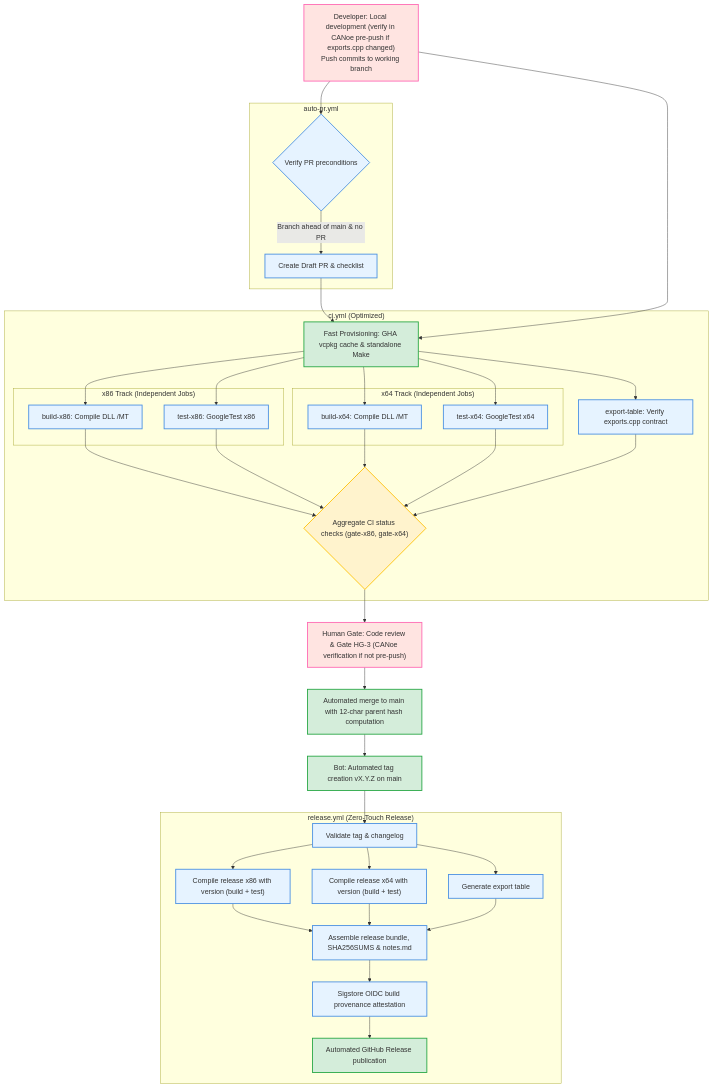
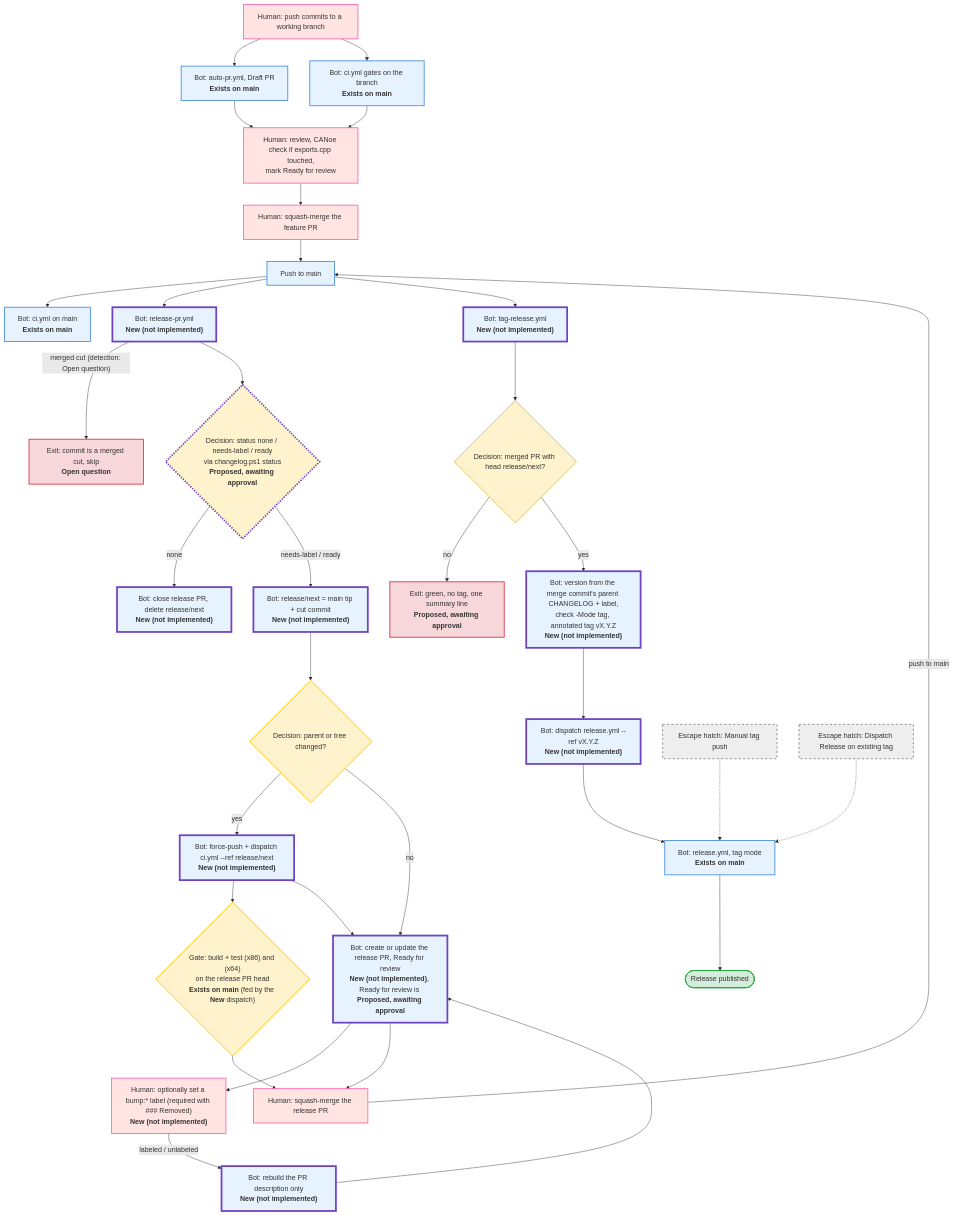
The first of 4 diagrams in docs/ci-optimized-flow.md (can-tools/restifycapl), drawn with Mermaid before and after one commit. The commit also changed other lines of this file and 5 other files, not shown here.

Commit message:
docs/ci-flow-target-state (#26)

````diff
--- a/docs/ci-optimized-flow.md
+++ b/docs/ci-optimized-flow.md
@@ -16,77 +38,80 @@
 ```mermaid
 flowchart TD
     classDef human fill:#ffe4e1,stroke:#ff69b4,stroke-width:2px;
     classDef bot fill:#e6f3ff,stroke:#4a90e2,stroke-width:2px;
-    classDef auto fill:#d4edda,stroke:#28a745,stroke-width:2px;
     classDef gate fill:#fff3cd,stroke:#ffc107,stroke-width:2px;
+    classDef decision fill:#fff3cd,stroke:#ffc107,stroke-width:2px;
+    classDef exit fill:#f8d7da,stroke:#dc3545,stroke-width:2px;
+    classDef pub fill:#d4edda,stroke:#28a745,stroke-width:2px;
+    classDef hatch fill:#eeeeee,stroke:#888888,stroke-width:2px,stroke-dasharray: 5 5;
+    classDef new fill:#e6f3ff,stroke:#6f42c1,stroke-width:4px;
+    classDef proposed fill:#fff3cd,stroke:#6f42c1,stroke-width:4px,stroke-dasharray: 3 3;
 
-    DEV["Developer: Local development (verify in CANoe pre-push if exports.cpp changed)<br/>Push commits to working branch"]:::human
-    
-    subgraph AutoPR ["auto-pr.yml"]
-        APR_GUARD{"Verify PR preconditions"}:::bot
-        APR_ACTION["Create Draft PR & checklist"]:::bot
-    end
+    H1["Human: push commits to a working branch"]:::human
+    AUTO_PR["Bot: auto-pr.yml, Draft PR<br/><b>Exists on main</b>"]:::bot
+    CI_BR["Bot: ci.yml gates on the branch<br/><b>Exists on main</b>"]:::bot
+    H2["Human: review, CANoe check if exports.cpp touched,<br/>mark Ready for review"]:::human
+    H3["Human: squash-merge the feature PR"]:::human
+    MAIN["Push to main"]:::bot
+    CI_MAIN["Bot: ci.yml on main<br/><b>Exists on main</b>"]:::bot
 
-    subgraph CI ["ci.yml (Optimized)"]
-        CI_FAST_PROV["Fast Provisioning: GHA vcpkg cache & standalone Make"]:::auto
-        
-        subgraph X86_TRACK ["x86 Track (Independent Jobs)"]
-            X86_BUILD["build-x86: Compile DLL /MT"]:::bot
-            X86_TEST["test-x86: GoogleTest x86"]:::bot
-        end
-        
-        subgraph X64_TRACK ["x64 Track (Independent Jobs)"]
-            X64_BUILD["build-x64: Compile DLL /MT"]:::bot
-            X64_TEST["test-x64: GoogleTest x64"]:::bot
-        end
-        
-        EXP_CHECK["export-table: Verify exports.cpp contract"]:::bot
-        
-        GATES{"Aggregate CI status checks (gate-x86, gate-x64)"}:::gate
-    end
+    RPR["Bot: release-pr.yml<br/><b>New (not implemented)</b>"]:::new
+    SKIP["Exit: commit is a merged cut, skip<br/><b>Open question</b>"]:::exit
+    ST{"Decision: status none / needs-label / ready<br/>via changelog.ps1 status<br/><b>Proposed, awaiting approval</b>"}:::proposed
+    CLOSE["Bot: close release PR, delete release/next<br/><b>New (not implemented)</b>"]:::new
+    BUILD["Bot: release/next = main tip + cut commit<br/><b>New (not implemented)</b>"]:::new
+    CHG{"Decision: parent or tree changed?"}:::decision
+    FP["Bot: force-push + dispatch ci.yml --ref release/next<br/><b>New (not implemented)</b>"]:::new
+    GATES{"Gate: build + test (x86) and (x64)<br/>on the release PR head<br/><b>Exists on main</b> (fed by the <b>New</b> dispatch)"}:::gate
+    PR["Bot: create or update the release PR, Ready for review<br/><b>New (not implemented)</b>, Ready for review is <b>Proposed, awaiting approval</b>"]:::new
+    HL["Human: optionally set a bump:* label (required with ### Removed)<br/><b>New (not implemented)</b>"]:::human
+    RELAB["Bot: rebuild the PR description only<br/><b>New (not implemented)</b>"]:::new
+    HM["Human: squash-merge the release PR"]:::human
 
-    REVIEW["Human Gate: Code review & Gate HG-3 (CANoe verification if not pre-push)"]:::human
-    AUTO_MERGE["Automated merge to main with 12-char parent hash computation"]:::auto
-    AUTO_TAG["Bot: Automated tag creation vX.Y.Z on main"]:::auto
+    TR["Bot: tag-release.yml<br/><b>New (not implemented)</b>"]:::new
+    IS_REL{"Decision: merged PR with head release/next?"}:::decision
+    NOOP["Exit: green, no tag, one summary line<br/><b>Proposed, awaiting approval</b>"]:::exit
+    TAG["Bot: version from the merge commit's parent CHANGELOG + label,<br/>check -Mode tag, annotated tag vX.Y.Z<br/><b>New (not implemented)</b>"]:::new
+    DISP["Bot: dispatch release.yml --ref vX.Y.Z<br/><b>New (not implemented)</b>"]:::new
+    REL["Bot: release.yml, tag mode<br/><b>Exists on main</b>"]:::bot
+    PUBD(["Release published"]):::pub
 
-    subgraph ReleasePipeline ["release.yml (Zero-Touch Release)"]
-        REL_VAL["Validate tag & changelog"]:::bot
-        REL_BUILD_X86["Compile release x86 with version (build + test)"]:::bot
-        REL_BUILD_X64["Compile release x64 with version (build + test)"]:::bot
-        REL_TABLE["Generate export table"]:::bot
-        REL_ASM["Assemble release bundle, SHA256SUMS & notes.md"]:::bot
-        REL_ATTEST["Sigstore OIDC build provenance attestation"]:::bot
-        REL_PUB["Automated GitHub Release publication"]:::auto
-    end
+    HATCH1["Escape hatch: Manual tag push"]:::hatch
+    HATCH2["Escape hatch: Dispatch Release on existing tag"]:::hatch
 
-    DEV --> APR_GUARD
-    APR_GUARD -->|Branch ahead of main & no PR| APR_ACTION
-    APR_ACTION --> CI_FAST_PROV
-    DEV --> CI_FAST_PROV
+    H1 --> AUTO_PR
+    H1 --> CI_BR
+    AUTO_PR --> H2
+    CI_BR --> H2
+    H2 --> H3
+    H3 --> MAIN
+    MAIN --> CI_MAIN
+    MAIN --> RPR
+    MAIN --> TR
 
-    CI_FAST_PROV --> X86_BUILD
-    CI_FAST_PROV --> X86_TEST
-    CI_FAST_PROV --> X64_BUILD
-    CI_FAST_PROV --> X64_TEST
-    CI_FAST_PROV --> EXP_CHECK
-    
-    X86_BUILD --> GATES
-    X86_TEST --> GATES
-    X64_BUILD --> GATES
-    X64_TEST --> GATES
-    EXP_CHECK --> GATES
+    RPR -->|"merged cut (detection: Open question)"| SKIP
+    RPR --> ST
+    ST -->|"none"| CLOSE
+    ST -->|"needs-label / ready"| BUILD
+    BUILD --> CHG
+    CHG -->|"yes"| FP
+    CHG -->|"no"| PR
+    FP --> GATES
+    FP --> PR
+    PR --> HL
+    HL -->|"labeled / unlabeled"| RELAB
+    RELAB --> PR
+    GATES --> HM
+    PR --> HM
+    HM -->|"push to main"| MAIN
 
-    GATES --> REVIEW
-    REVIEW --> AUTO_MERGE
-    AUTO_MERGE --> AUTO_TAG
-    AUTO_TAG --> REL_VAL
+    TR --> IS_REL
+    IS_REL -->|"no"| NOOP
+    IS_REL -->|"yes"| TAG
+    TAG --> DISP
+    DISP --> REL
+    REL --> PUBD
 
-    REL_VAL --> REL_BUILD_X86
-    REL_VAL --> REL_BUILD_X64
-    REL_VAL --> REL_TABLE
-    REL_BUILD_X86 --> REL_ASM
-    REL_BUILD_X64 --> REL_ASM
-    REL_TABLE --> REL_ASM
-    REL_ASM --> REL_ATTEST
-    REL_ATTEST --> REL_PUB
+    HATCH1 -.-> REL
+    HATCH2 -.-> REL
 ```
````
